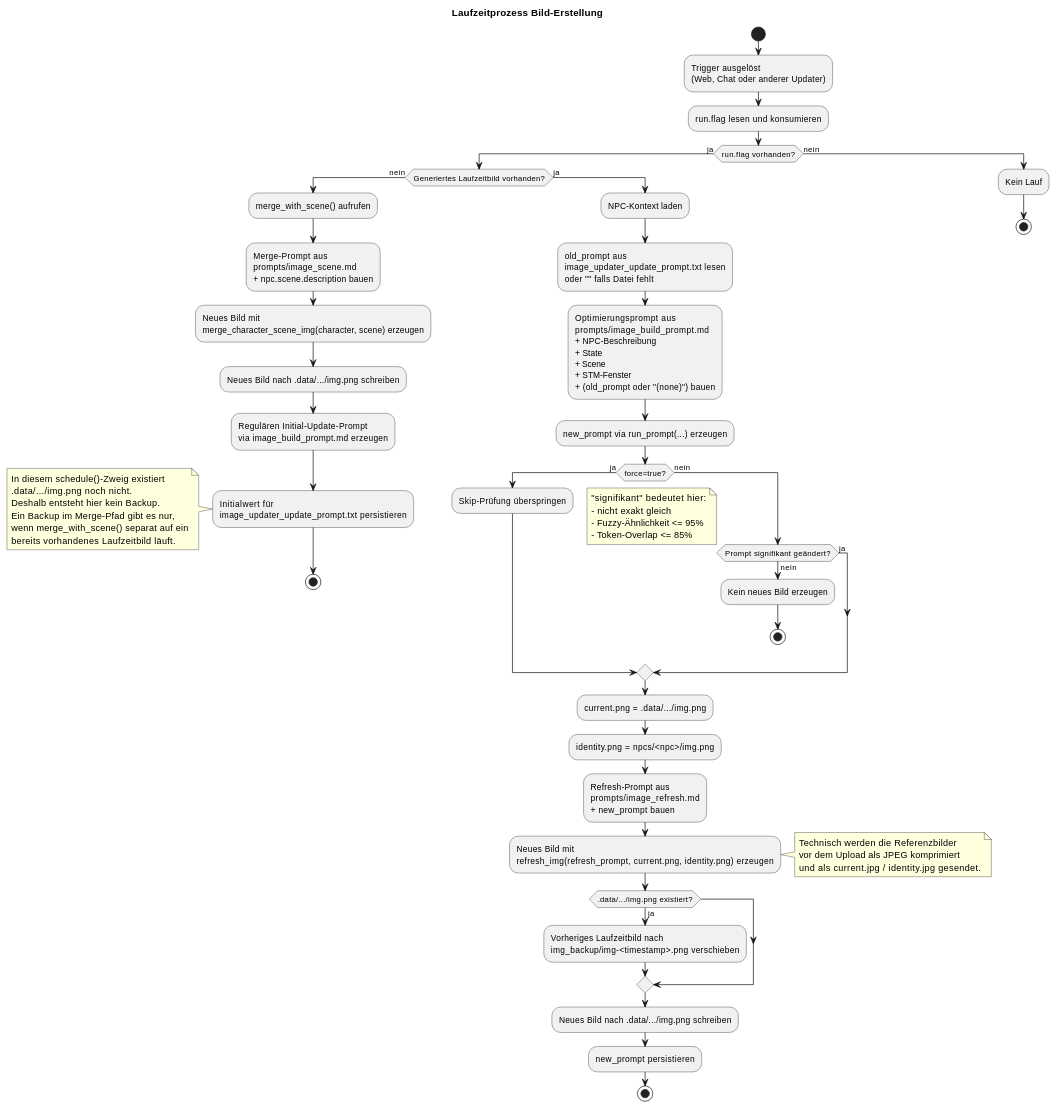
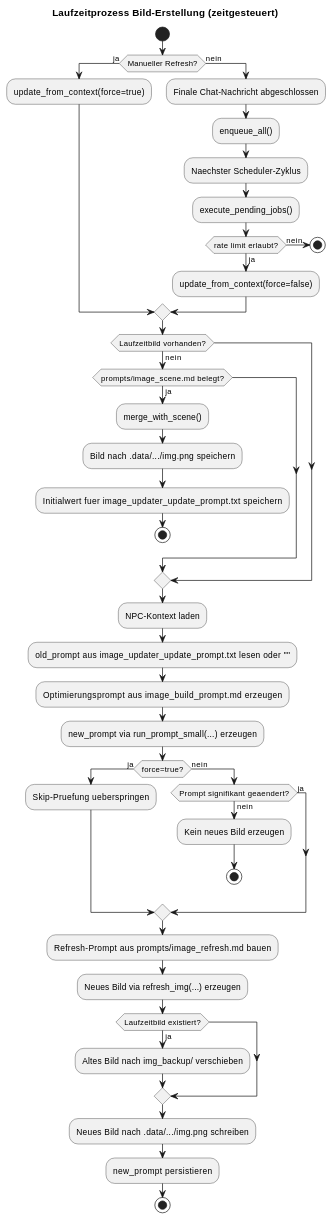
Before and after one commit to phoenixrvd/social-game: the diagram in doc/diagrams/runntime/image-erstellung.md, drawn with PlantUML. The commit also changed other lines of this file and 73 other files, not shown here.

First line of the commit message:
v1.8: scheduler-based updates, modular LLM providers, responsive context UI

````diff
--- a/doc/diagrams/runntime/image-erstellung.md
+++ b/doc/diagrams/runntime/image-erstellung.md
@@ -183,73 +143,57 @@
 ```plantuml
 @startuml
-title Laufzeitprozess Bild-Erstellung
+title Laufzeitprozess Bild-Erstellung (zeitgesteuert)
 
 start
 
-:Trigger ausgelöst\n(Web, Chat oder anderer Updater);
-:run.flag lesen und konsumieren;
-
-if (run.flag vorhanden?) then (ja)
-  if (Generiertes Laufzeitbild vorhanden?) then (nein)
-    :merge_with_scene() aufrufen;
-    :Merge-Prompt aus\nprompts/image_scene.md\n+ npc.scene.description bauen;
-    :Neues Bild mit\nmerge_character_scene_img(character, scene) erzeugen;
-    :Neues Bild nach .data/.../img.png schreiben;
-    :Regulären Initial-Update-Prompt\nvia image_build_prompt.md erzeugen;
-    :Initialwert für\nimage_updater_update_prompt.txt persistieren;
-    note left
-      In diesem schedule()-Zweig existiert
-      .data/.../img.png noch nicht.
-      Deshalb entsteht hier kein Backup.
-      Ein Backup im Merge-Pfad gibt es nur,
-      wenn merge_with_scene() separat auf ein
-      bereits vorhandenes Laufzeitbild läuft.
-    end note
-    stop
-  else (ja)
-    :NPC-Kontext laden;
-    :old_prompt aus\nimage_updater_update_prompt.txt lesen\noder "" falls Datei fehlt;
-    :Optimierungsprompt aus\nprompts/image_build_prompt.md\n+ NPC-Beschreibung\n+ State\n+ Scene\n+ STM-Fenster\n+ (old_prompt oder "(none)") bauen;
-    :new_prompt via run_prompt(...) erzeugen;
-
-    if (force=true?) then (ja)
-      :Skip-Prüfung überspringen;
-    else (nein)
-      if (Prompt signifikant geändert?) then (ja)
-        note right
-          "signifikant" bedeutet hier:
-          - nicht exakt gleich
-          - Fuzzy-Ähnlichkeit <= 95%
-          - Token-Overlap <= 85%
-        end note
-      else (nein)
-        :Kein neues Bild erzeugen;
-        stop
-      endif
-    endif
-
-    :current.png = .data/.../img.png;
-    :identity.png = npcs/<npc>/img.png;
-    :Refresh-Prompt aus\nprompts/image_refresh.md\n+ new_prompt bauen;
-    :Neues Bild mit\nrefresh_img(refresh_prompt, current.png, identity.png) erzeugen;
-    note right
-      Technisch werden die Referenzbilder
-      vor dem Upload als JPEG komprimiert
-      und als current.jpg / identity.jpg gesendet.
-    end note
-
-    if (.data/.../img.png existiert?) then (ja)
-      :Vorheriges Laufzeitbild nach\nimg_backup/img-<timestamp>.png verschieben;
-    endif
-
-    :Neues Bild nach .data/.../img.png schreiben;
-    :new_prompt persistieren;
+if (Manueller Refresh?) then (ja)
+  :update_from_context(force=true);
+else (nein)
+  :Finale Chat-Nachricht abgeschlossen;
+  :enqueue_all();
+  :Naechster Scheduler-Zyklus;
+  :execute_pending_jobs();
+  if (rate limit erlaubt?) then (ja)
+    :update_from_context(force=false);
+  else (nein)
     stop
   endif
+endif
+
+if (Laufzeitbild vorhanden?) then (nein)
+  if (prompts/image_scene.md belegt?) then (ja)
+    :merge_with_scene();
+    :Bild nach .data/.../img.png speichern;
+    :Initialwert fuer image_updater_update_prompt.txt speichern;
+    stop
+  endif
+endif
+
+:NPC-Kontext laden;
+:old_prompt aus image_updater_update_prompt.txt lesen oder "";
+:Optimierungsprompt aus image_build_prompt.md erzeugen;
+:new_prompt via run_prompt_small(...) erzeugen;
+
+if (force=true?) then (ja)
+  :Skip-Pruefung ueberspringen;
 else (nein)
-  :Kein Lauf;
-  stop
+  if (Prompt signifikant geaendert?) then (ja)
+  else (nein)
+    :Kein neues Bild erzeugen;
+    stop
+  endif
 endif
+
+:Refresh-Prompt aus prompts/image_refresh.md bauen;
+:Neues Bild via refresh_img(...) erzeugen;
+
+if (Laufzeitbild existiert?) then (ja)
+  :Altes Bild nach img_backup/ verschieben;
+endif
+
+:Neues Bild nach .data/.../img.png schreiben;
+:new_prompt persistieren;
+stop
 
 @enduml
 ```
````
